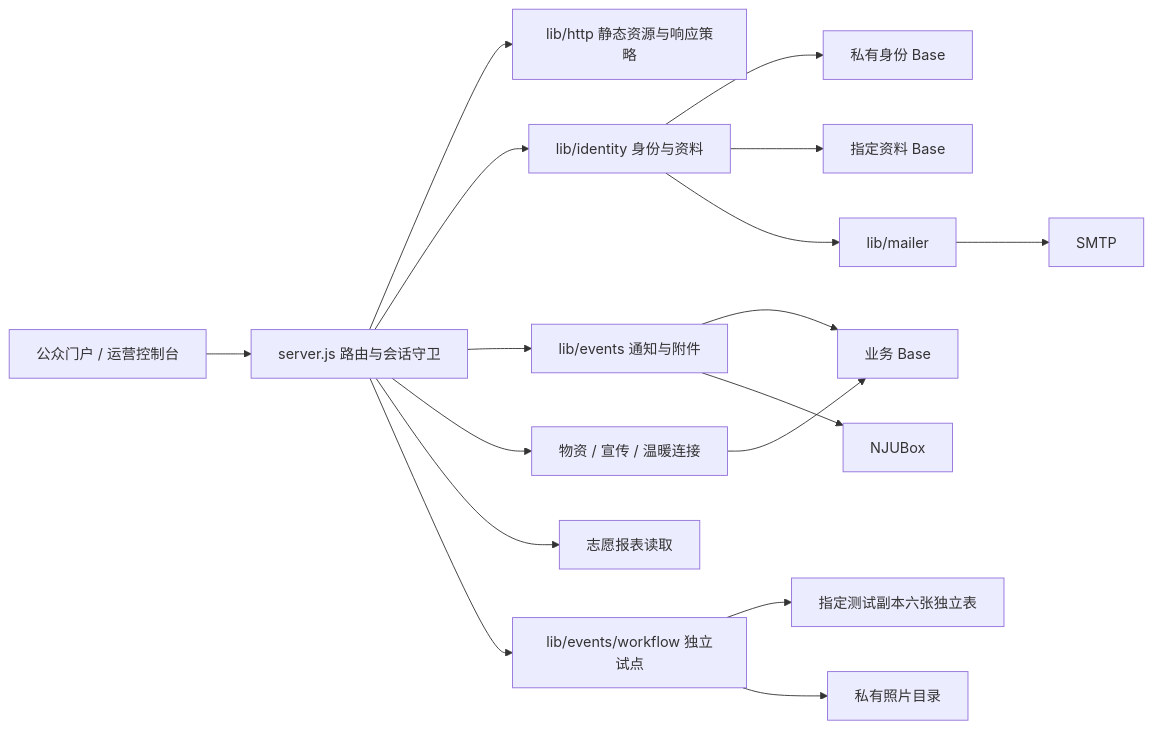
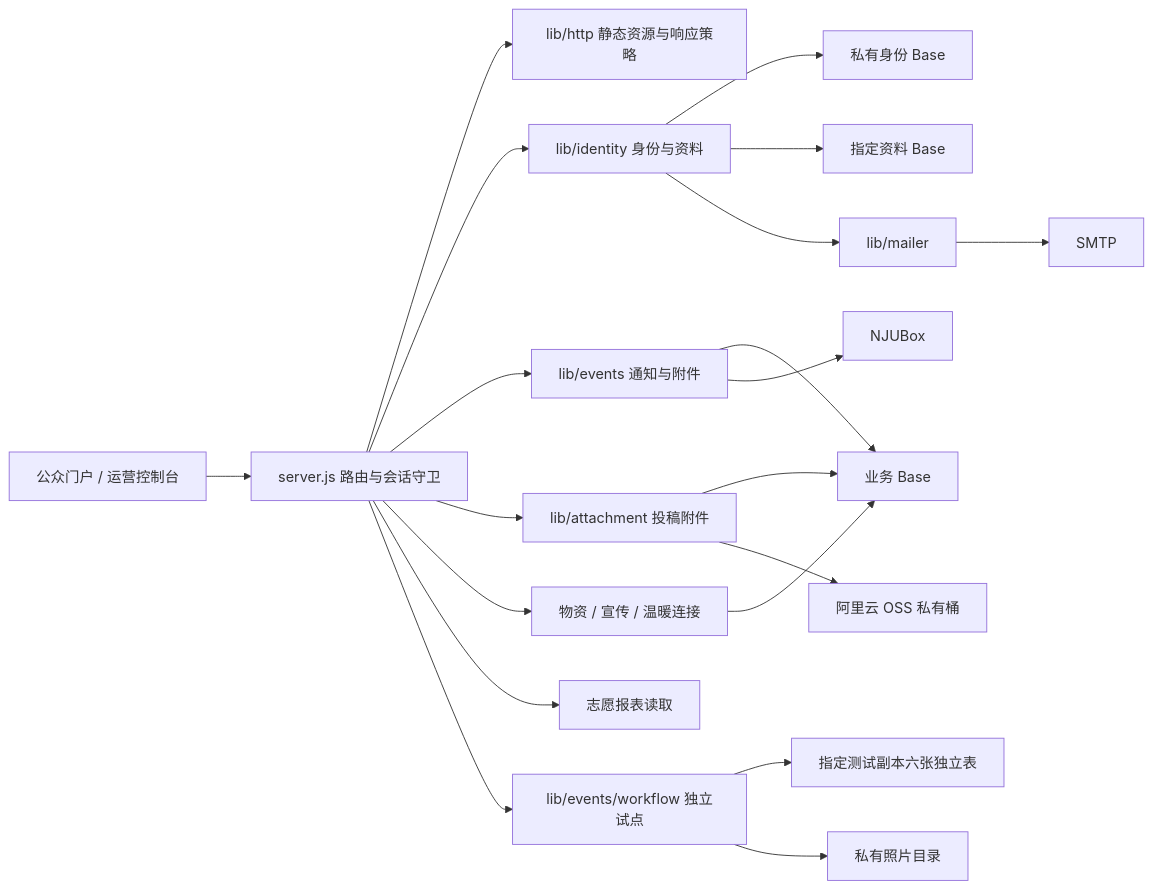
The diagram in docs/ARCHITECTURE.md (WANGLEVY9/NJURedCross), drawn with Mermaid before and after one commit. The commit also changed other lines of this file and 2 other files, not shown here.

Commit message:
Document attachment endpoints, workbench flow and domain architecture
- API.md: portal attachment endpoints, console review endpoint, updated
  /submit route description
- SUBMISSION_ATTACHMENTS.md: HTTP API section (rulings table), frontend
  presentation notes, extended regression coverage list
- ARCHITECTURE.md: lib/attachment module registration, diagram node,
  domain-routing exemplar note

````diff
--- a/docs/ARCHITECTURE.md
+++ b/docs/ARCHITECTURE.md
@@ -5,19 +5,22 @@
 ```mermaid
 flowchart LR
   Browser[公众门户 / 运营控制台] --> HTTP[server.js 路由与会话守卫]
   HTTP --> Static[lib/http 静态资源与响应策略]
   HTTP --> Identity[lib/identity 身份与资料]
   HTTP --> Events[lib/events 通知与附件]
+  HTTP --> Attachment[lib/attachment 投稿附件]
   HTTP --> Business[物资 / 宣传 / 温暖连接]
   Identity --> Private[私有身份 Base]
   Identity --> Profile[指定资料 Base]
   Business --> Main[业务 Base]
   Events --> Main
   Events --> Box[NJUBox]
+  Attachment --> Main
+  Attachment --> OSS[阿里云 OSS 私有桶]
   HTTP --> Volunteer[志愿报表读取]
   HTTP --> Workflow[lib/events/workflow 独立试点]
   Workflow --> TestBase[指定测试副本六张独立表]
   Workflow --> Photos[私有照片目录]
   Identity --> Mail[lib/mailer]
   Mail --> SMTP[SMTP]
 ```
````
